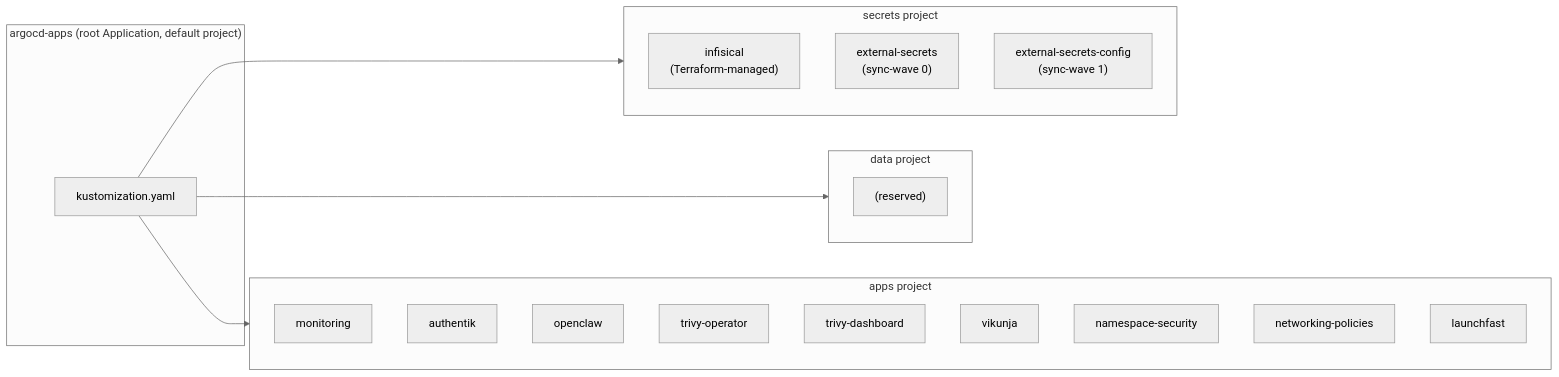
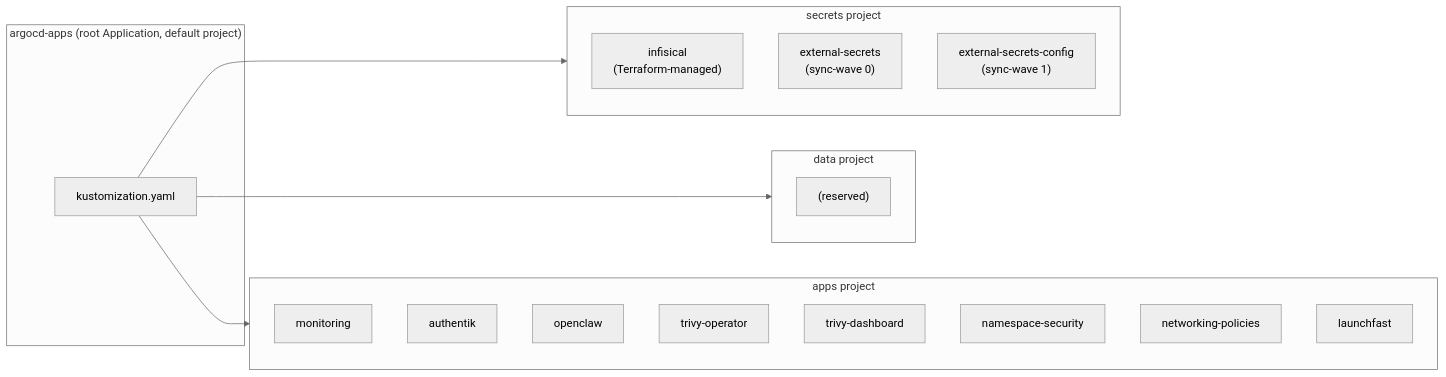
The second of 2 diagrams in k8s/apps/argocd/README.md (haingth77/homelab), drawn with Mermaid (neutral theme) before and after one commit. The commit also changed other lines of this file and 46 other files, not shown here.

````diff
--- a/k8s/apps/argocd/README.md
+++ b/k8s/apps/argocd/README.md
@@ -74,32 +72,31 @@
 ```mermaid
 flowchart LR
     subgraph root["argocd-apps (root Application, default project)"]
         Kustomize["kustomization.yaml"]
     end
 
     subgraph secretsProj["secrets project"]
         Infisical["infisical\n(Terraform-managed)"]
         A1["external-secrets\n(sync-wave 0)"]
         A2["external-secrets-config\n(sync-wave 1)"]
     end
 
     subgraph dataProj["data project"]
         A3["(reserved)"]
     end
 
     subgraph appsProj["apps project"]
         A5["monitoring"]
         A6["authentik"]
         A7["openclaw"]
         A8["trivy-operator"]
         A11["trivy-dashboard"]
-        A12["vikunja"]
         A9["namespace-security"]
         A10["networking-policies"]
         A13["launchfast"]
     end
 
     Kustomize --> secretsProj
     Kustomize --> dataProj
     Kustomize --> appsProj
 ```
````
